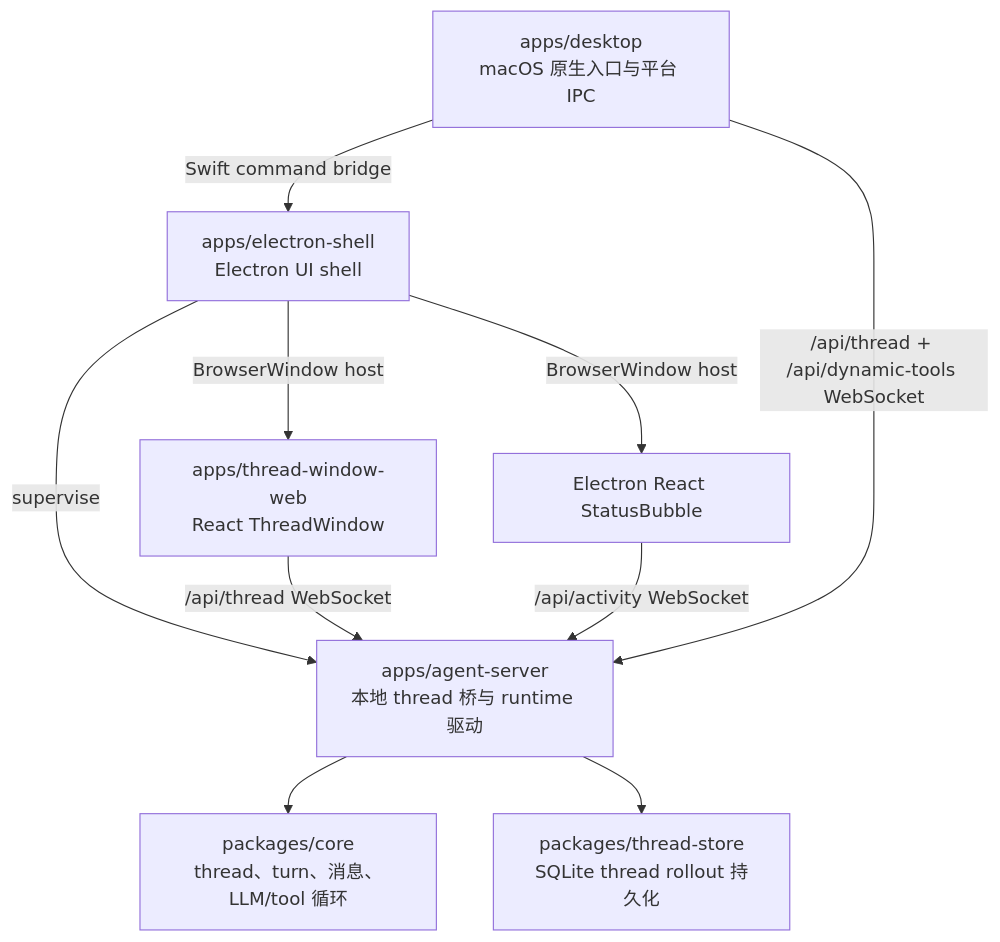
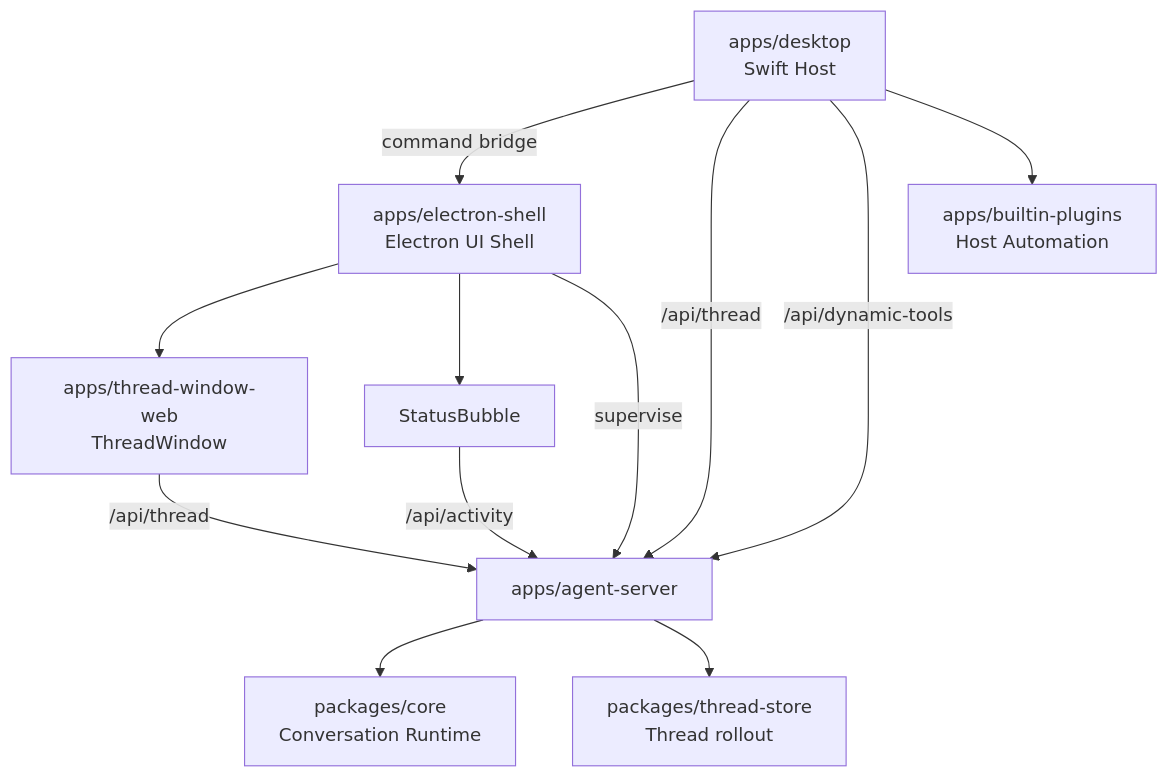
Before and after one commit to Lixuhang987/Wisp-Pocket: the diagram in handAgent.md, drawn with Mermaid. The commit also changed other lines of this file and 47 other files, not shown here.

````diff
--- a/handAgent.md
+++ b/handAgent.md
@@ -5,12 +7,14 @@
 ```mermaid
 flowchart TD
-  A[apps/desktop<br/>macOS 原生入口与平台 IPC] -->|Swift command bridge| E[apps/electron-shell<br/>Electron UI shell]
-  E -->|BrowserWindow host| W[apps/thread-window-web<br/>React ThreadWindow]
-  E -->|BrowserWindow host| S[Electron React StatusBubble]
-  E -->|supervise| B[apps/agent-server<br/>本地 thread 桥与 runtime 驱动]
-  W -->|/api/thread WebSocket| B
-  S -->|/api/activity WebSocket| B
-  A -->|/api/thread + /api/dynamic-tools WebSocket| B
-  B --> C[packages/core<br/>thread、turn、消息、LLM/tool 循环]
-  B --> T[packages/thread-store<br/>SQLite thread rollout 持久化]
+  D[apps/desktop<br/>Swift Host] -->|command bridge| E[apps/electron-shell<br/>Electron UI Shell]
+  E --> W[apps/thread-window-web<br/>ThreadWindow]
+  E --> A[StatusBubble]
+  E -->|supervise| S[apps/agent-server]
+  D -->|/api/thread| S
+  D -->|/api/dynamic-tools| S
+  W -->|/api/thread| S
+  A -->|/api/activity| S
+  S --> C[packages/core<br/>Conversation Runtime]
+  S --> T[packages/thread-store<br/>Thread rollout]
+  D --> P[apps/builtin-plugins<br/>Host Automation]
 ```
````
